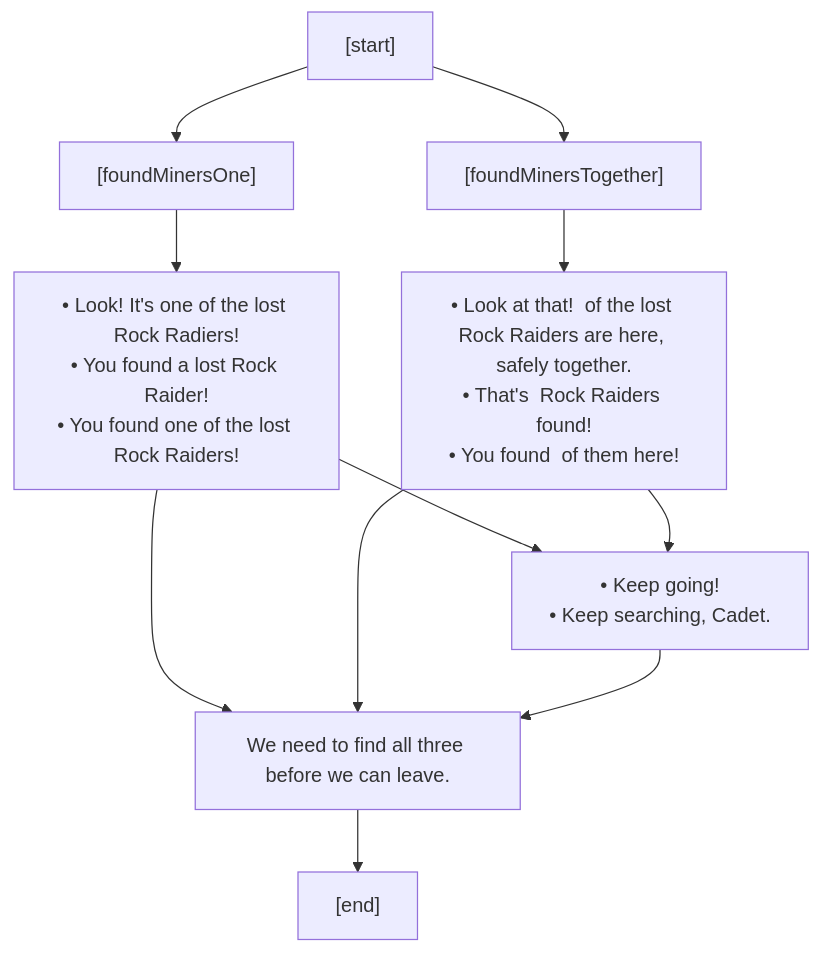
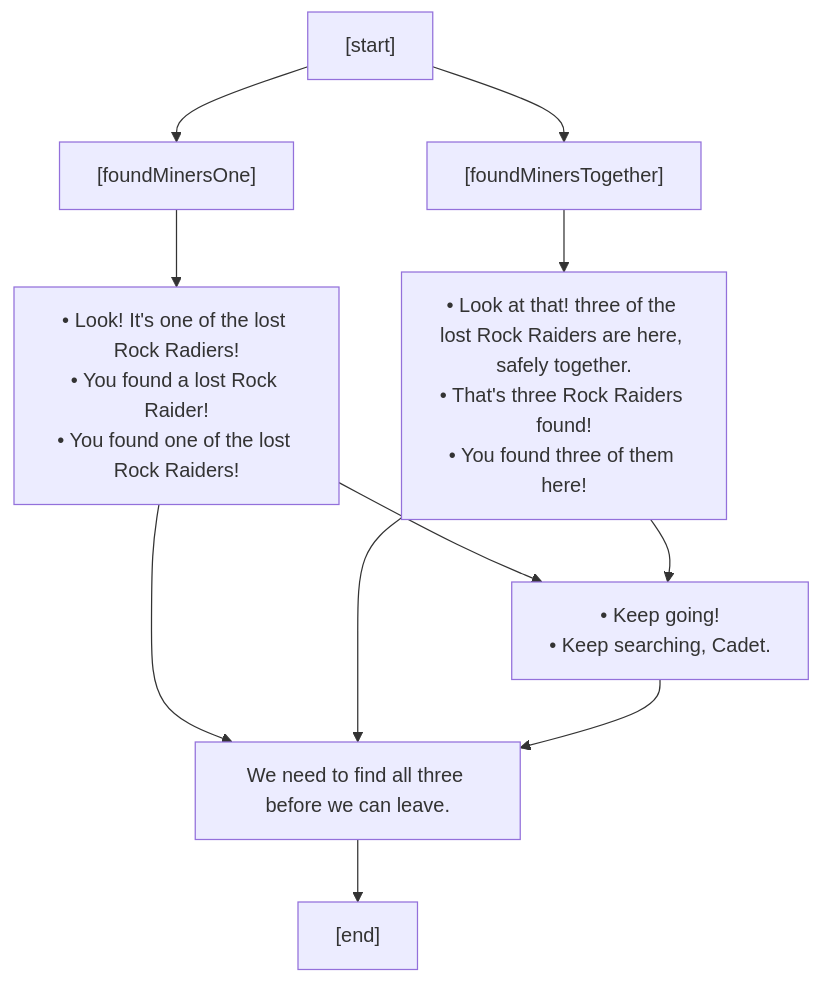
Before and after one commit to charredUtensil/groundhog: the ninth of 14 diagrams in src/core/lore/graphs/events.md, drawn with Mermaid. The commit also changed 8 other files, not shown here.

````diff
--- a/src/core/lore/graphs/events.md
+++ b/src/core/lore/graphs/events.md
@@ -242,21 +242,21 @@
 ```mermaid
 flowchart TD;
 P0["[start]"]
 P0 --> P1
 P0 --> P3
 P1["[foundMinersOne]"]
 P1 --> P2
 P2["&bull; Look! It's one of the lost Rock Radiers!<br/>&bull; You found a lost Rock Raider!<br/>&bull; You found one of the lost Rock Raiders!"]
 P2 --> P5
 P2 --> P6
 P3["[foundMinersTogether]"]
 P3 --> P4
-P4["&bull; Look at that!  of the lost Rock Raiders are here, safely together.<br/>&bull; That's  Rock Raiders found!<br/>&bull; You found  of them here!"]
+P4["&bull; Look at that! three of the lost Rock Raiders are here, safely together.<br/>&bull; That's three Rock Raiders found!<br/>&bull; You found three of them here!"]
 P4 --> P5
 P4 --> P6
 P5["&bull; Keep going!<br/>&bull; Keep searching, Cadet."]
 P5 --> P6
 P6["We need to find all three before we can leave."]
 P6 --> P7
 P7["[end]"]
 ```
````
